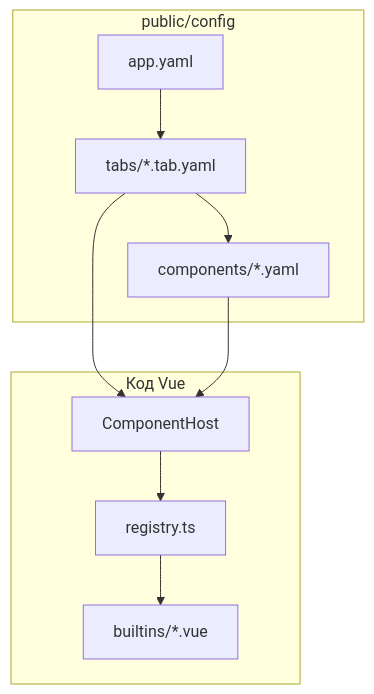
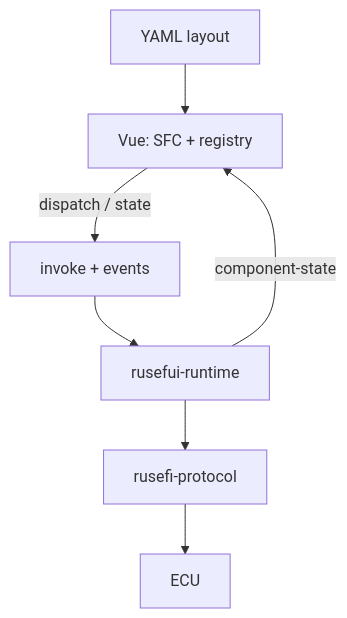
One commit to 3eR01ive/rusefui changed the second of 2 diagrams in rusefui.md. Above: the diagram before and after it, drawn with Mermaid. The commit also changed other lines of this file and 19 other files, not shown here.

First line of the commit message:
Add rusefui-runtime crate for component logic and data handling

````diff
--- a/rusefui.md
+++ b/rusefui.md
@@ -259,21 +259,16 @@
 ```mermaid
 flowchart TB
-  subgraph yaml [public/config]
-    app[app.yaml]
-    tabs[tabs/*.tab.yaml]
-    comp[components/*.yaml]
-  end
+  yaml[YAML layout]
+  vue[Vue: SFC + registry]
+  invoke[invoke + events]
+  runtime[rusefui-runtime]
+  proto[rusefi-protocol]
+  ecu[ECU]
 
-  subgraph code [Код Vue]
-    reg[registry.ts]
-    host[ComponentHost]
-    builtins[builtins/*.vue]
-  end
-
-  app --> tabs
-  tabs --> comp
-  tabs --> host
-  comp --> host
-  reg --> builtins
-  host --> reg
+  yaml --> vue
+  vue -->|dispatch / state| invoke
+  invoke --> runtime
+  runtime --> proto
+  proto --> ecu
+  runtime -->|component-state| vue
 ```
````
